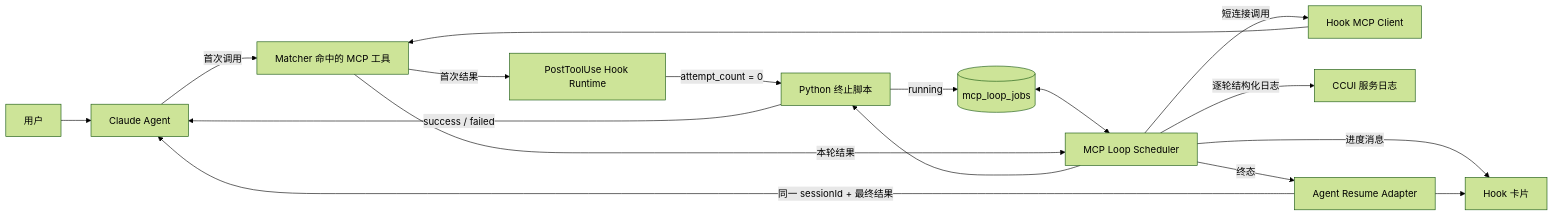
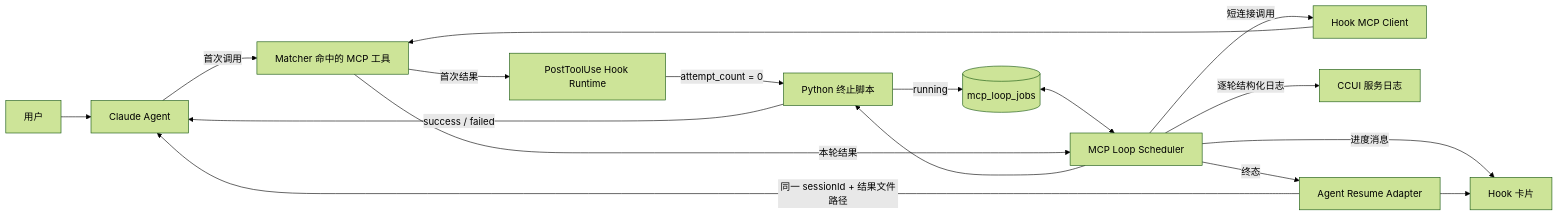
Before and after one commit to Huijie-Qin/claudecodeui: the first of 6 diagrams in docs/mcp-loop-run.md, drawn with Mermaid (forest theme). The commit also changed other lines of this file and 28 other files, not shown here.

````diff
--- a/docs/mcp-loop-run.md
+++ b/docs/mcp-loop-run.md
@@ -73,20 +73,20 @@
 ```mermaid
 flowchart LR
     U[用户] --> A[Claude Agent]
     A -->|首次调用| M1[Matcher 命中的 MCP 工具]
     M1 -->|首次结果| H[PostToolUse Hook Runtime]
     H -->|attempt_count = 0| P[Python 终止脚本]
     P -->|running| J[(mcp_loop_jobs)]
     P -->|success / failed| A
 
     J <--> S[MCP Loop Scheduler]
     S -->|短连接调用| MC[Hook MCP Client]
     MC --> M1
     M1 -->|本轮结果| S
     S --> P
     S -->|进度消息| UI[Hook 卡片]
     S -->|逐轮结构化日志| LOG[CCUI 服务日志]
     S -->|终态| R[Agent Resume Adapter]
-    R -->|同一 sessionId + 最终结果| A
+    R -->|同一 sessionId + 结果文件路径| A
     R --> UI
 ```
````
